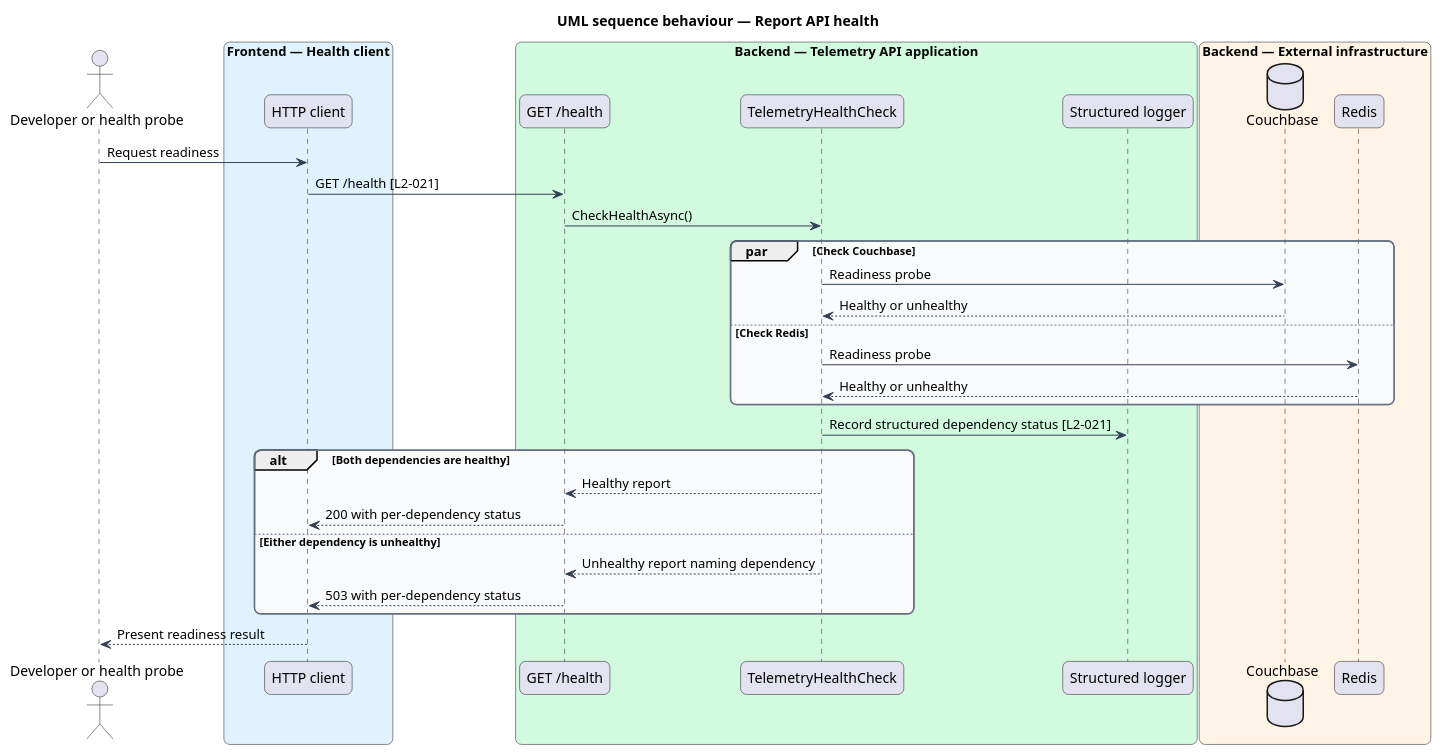
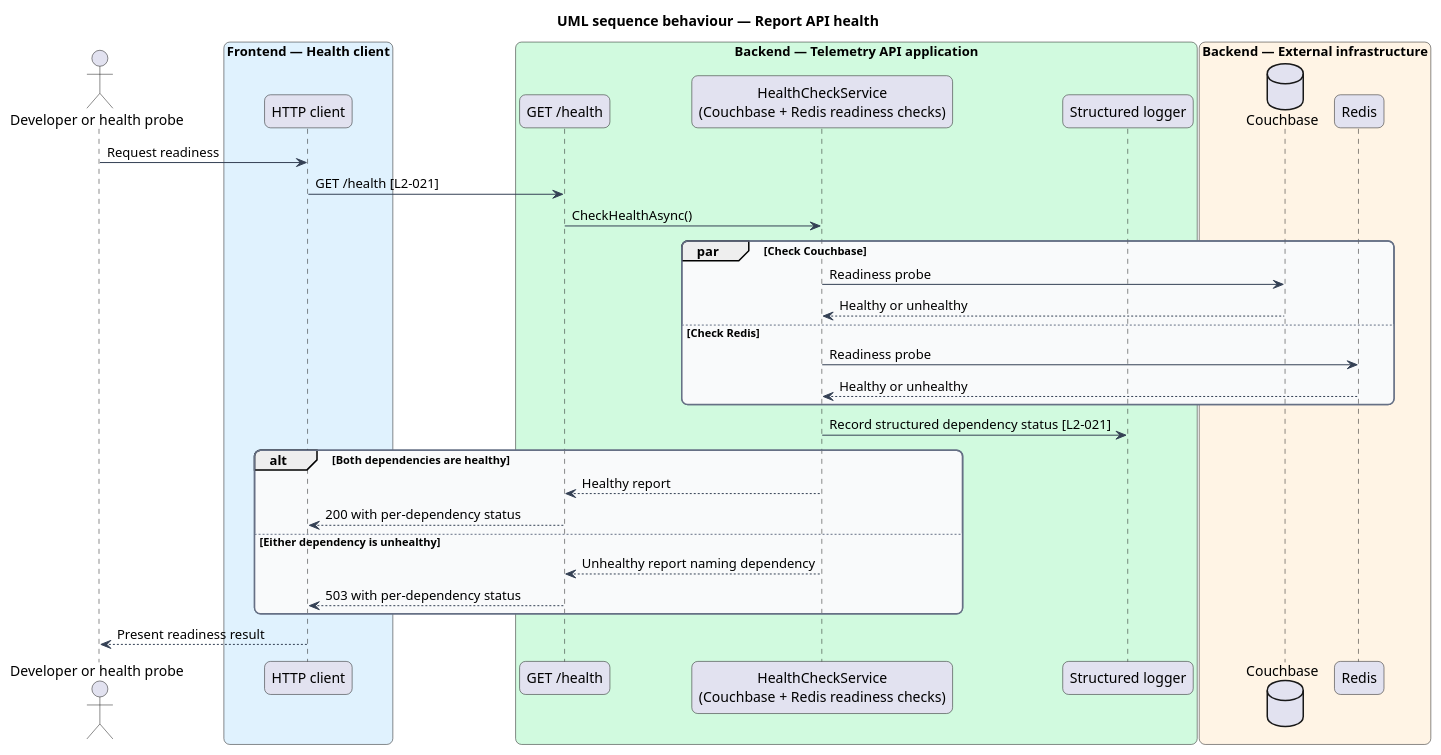
One commit to QuinntyneBrown/press-telemetry-reference changed the diagram in docs/detailed-designs/operations/run-reference-environment/diagrams/sequence-health.puml. Above: the diagram before and after it, drawn with PlantUML. The commit also changed 67 other files, not shown here.

Commit message:
Add dashboard views, charts, e2e tests, compose infra, and design doc updates

```diff
--- a/docs/detailed-designs/operations/run-reference-environment/diagrams/sequence-health.puml
+++ b/docs/detailed-designs/operations/run-reference-environment/diagrams/sequence-health.puml
@@ -1,50 +1,50 @@
 @startuml
 title UML sequence behaviour — Report API health
 skinparam backgroundColor #FFFFFF
 skinparam shadowing false
 skinparam roundcorner 12
 skinparam defaultFontName Arial
 skinparam ArrowColor #344054
 skinparam rectangle {
   BorderColor #344054
   FontColor #101828
 }
 skinparam package {
   BorderColor #667085
   FontColor #101828
   BackgroundColor #F9FAFB
 }
 actor "Developer or health probe" as caller
 box "Frontend — Health client" #E0F2FE
   participant "HTTP client" as client
 end box
 box "Backend — Telemetry API application" #D1FADF
   participant "GET /health" as endpoint
-  participant "TelemetryHealthCheck" as health
+  participant "HealthCheckService\n(Couchbase + Redis readiness checks)" as health
   participant "Structured logger" as logger
 end box
 box "Backend — External infrastructure" #FFF4E5
   database "Couchbase" as couchbase
   participant "Redis" as redis
 end box
 
 caller -> client : Request readiness
 client -> endpoint : GET /health [L2-021]
 endpoint -> health : CheckHealthAsync()
 par Check Couchbase
   health -> couchbase : Readiness probe
   couchbase --> health : Healthy or unhealthy
 else Check Redis
   health -> redis : Readiness probe
   redis --> health : Healthy or unhealthy
 end
 health -> logger : Record structured dependency status [L2-021]
 alt Both dependencies are healthy
   health --> endpoint : Healthy report
   endpoint --> client : 200 with per-dependency status
 else Either dependency is unhealthy
   health --> endpoint : Unhealthy report naming dependency
   endpoint --> client : 503 with per-dependency status
 end
 client --> caller : Present readiness result
 @enduml
```
